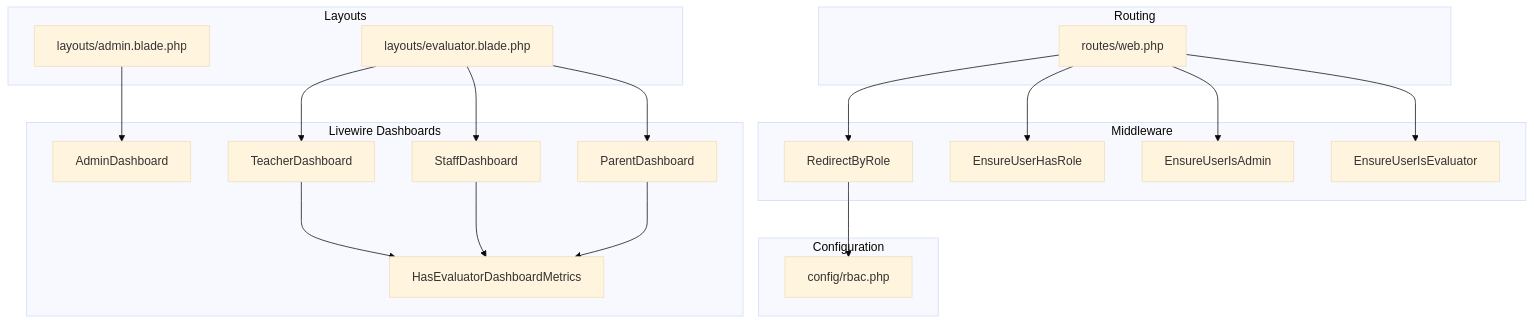
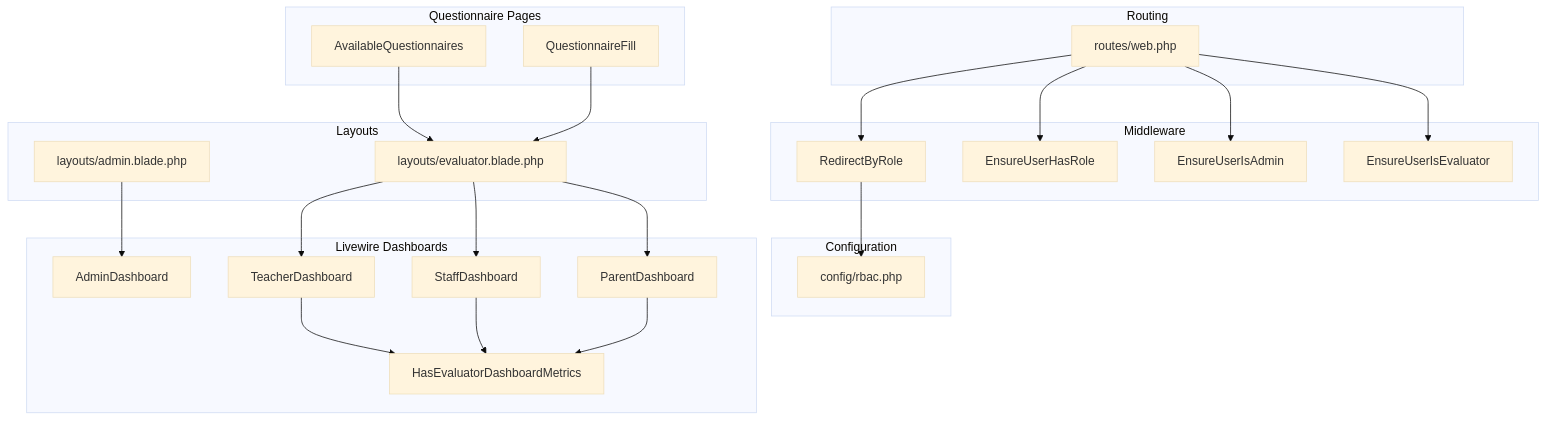
One commit to rudicatsmile/assesment360 changed the first of 7 diagrams in .qoder/repowiki/en/content/Core Features/User Dashboard Systems/Dashboard Navigation & Layout.md. Above: the diagram before and after it, drawn with Mermaid (base theme). The commit also changed other lines of this file and 5 other files, not shown here.

````diff
--- a/.qoder/repowiki/en/content/Core Features/User Dashboard Systems/Dashboard Navigation & Layout.md
+++ b/.qoder/repowiki/en/content/Core Features/User Dashboard Systems/Dashboard Navigation & Layout.md
@@ -52,38 +56,44 @@
 ```mermaid
 graph TB
 subgraph "Routing"
 RWEB["routes/web.php"]
 end
 subgraph "Middleware"
 RBROLE["RedirectByRole"]
 EHR["EnsureUserHasRole"]
 EIA["EnsureUserIsAdmin"]
 EIE["EnsureUserIsEvaluator"]
 end
 subgraph "Configuration"
 CRBAC["config/rbac.php"]
 end
 subgraph "Layouts"
 LADMIN["layouts/admin.blade.php"]
 LEVAL["layouts/evaluator.blade.php"]
 end
 subgraph "Livewire Dashboards"
 ADASH["AdminDashboard"]
 TDASH["TeacherDashboard"]
 SDASH["StaffDashboard"]
 PDASH["ParentDashboard"]
 METRICS["HasEvaluatorDashboardMetrics"]
 end
+subgraph "Questionnaire Pages"
+AQ["AvailableQuestionnaires"]
+QF["QuestionnaireFill"]
+end
 RWEB --> RBROLE
 RWEB --> EIA
 RWEB --> EIE
 RWEB --> EHR
 RBROLE --> CRBAC
 LADMIN --> ADASH
 LEVAL --> TDASH
 LEVAL --> SDASH
 LEVAL --> PDASH
 TDASH --> METRICS
 SDASH --> METRICS
 PDASH --> METRICS
+AQ --> LEVAL
+QF --> LEVAL
 ```
````
